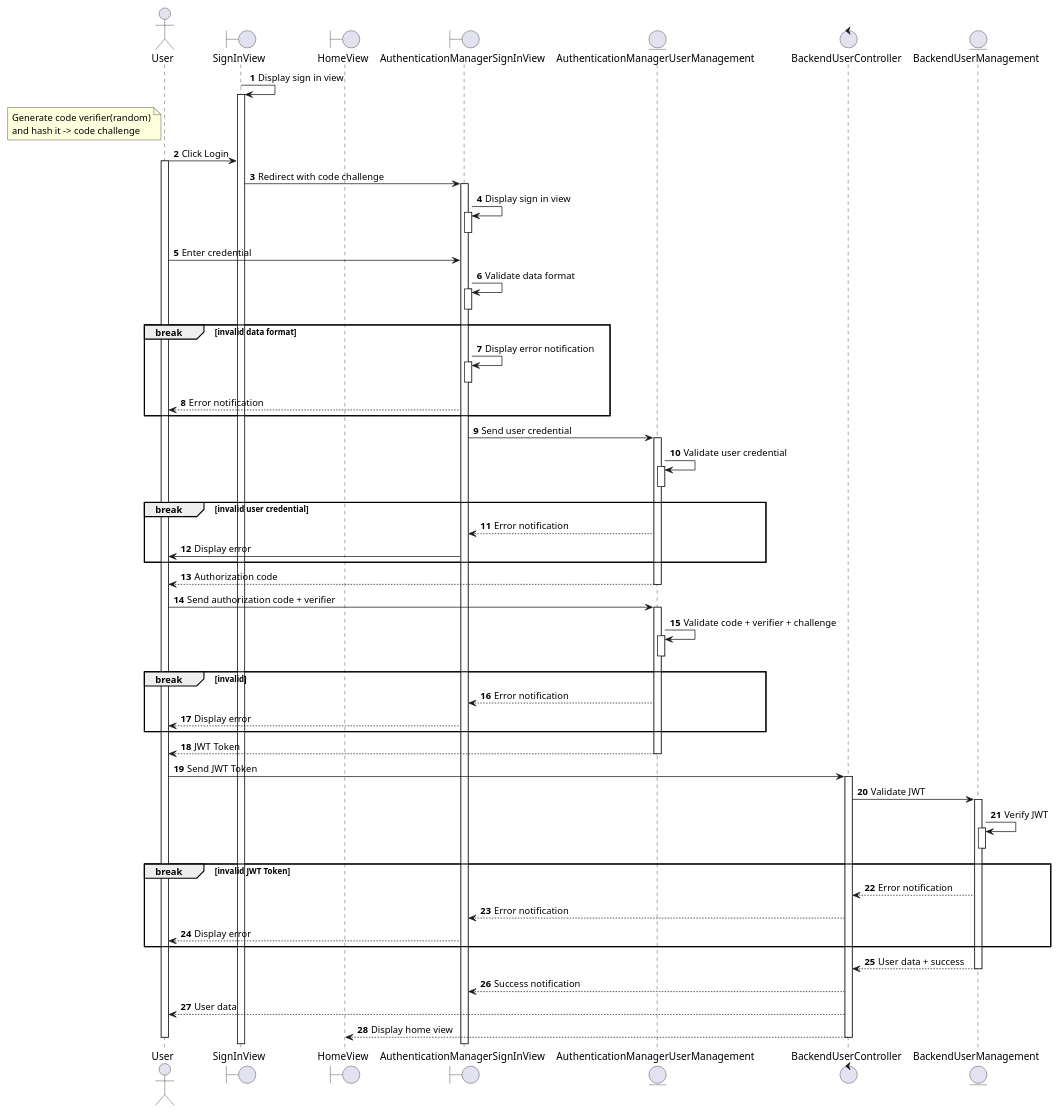
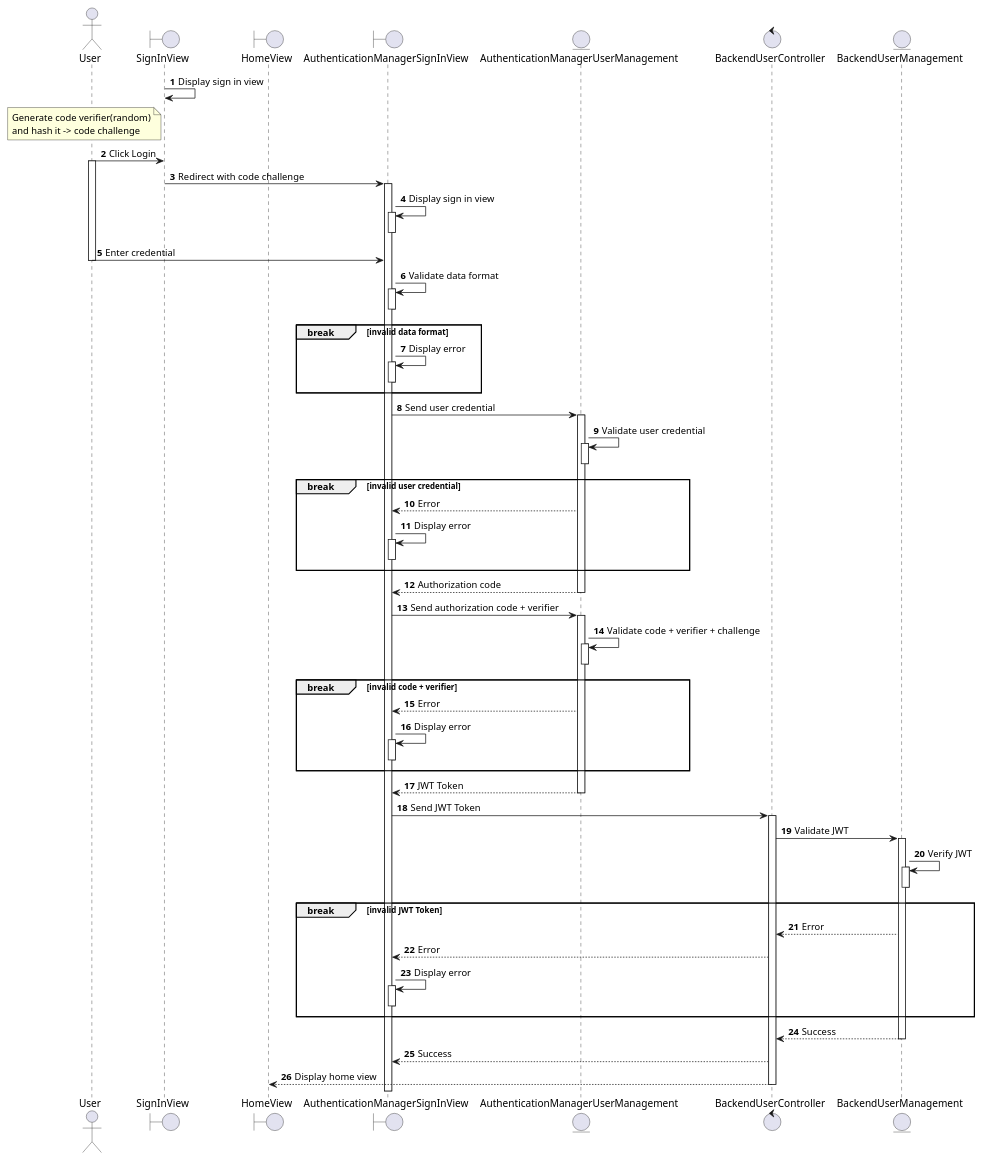
The first of 2 diagrams in docs/docs/sequence/user-auth.md (electricilies/electricilies.github.io), drawn with PlantUML before and after one commit. The commit also changed other lines of this file, not shown here.

Commit message:
fix: sign in and logic

````diff
--- a/docs/docs/sequence/user-auth.md
+++ b/docs/docs/sequence/user-auth.md
@@ -13,8 +13,7 @@
 entity BackendUserManagement as BUM
 
 SIV -> SIV: Display sign in view
-activate SIV
-note left of U: Generate code verifier(random)\nand hash it -> code challenge
+note left of SIV: Generate code verifier(random)\nand hash it -> code challenge
 U -> SIV: Click Login
 activate U
 SIV -> AMSIV: Redirect with code challenge
@@ -24,15 +23,15 @@
 activate AMSIV
 deactivate AMSIV
 U -> AMSIV : Enter credential
+deactivate U
 AMSIV -> AMSIV: Validate data format
 activate AMSIV
 deactivate AMSIV
 
 break invalid data format
-  AMSIV -> AMSIV: Display error notification
+  AMSIV -> AMSIV: Display error
   activate AMSIV
   deactivate AMSIV
-  U <-- AMSIV: Error notification
 end
 
 AMSIV -> AMUM: Send user credential
@@ -43,28 +42,32 @@
 deactivate AMUM
 
 break invalid user credential
-  AMSIV <-- AMUM: Error notification
-  AMSIV -> U: Display error
+  AMSIV <-- AMUM: Error
+  AMSIV -> AMSIV: Display error
+  activate AMSIV
+  deactivate AMSIV
 end
 
-U <-- AMUM: Authorization code
+AMSIV <-- AMUM: Authorization code
 deactivate AMUM
 
-U -> AMUM: Send authorization code + verifier
+AMSIV -> AMUM: Send authorization code + verifier
 activate AMUM
 AMUM -> AMUM: Validate code + verifier + challenge
 activate AMUM
 deactivate AMUM
 
-break invalid
-  AMSIV <-- AMUM: Error notification
-  U <-- AMSIV: Display error
+break invalid code + verifier
+  AMSIV <-- AMUM: Error
+  AMSIV -> AMSIV: Display error
+  activate AMSIV
+  deactivate AMSIV
 end
 
-U <-- AMUM: JWT Token
+AMSIV <-- AMUM: JWT Token
 deactivate AMUM
 
-U -> BUC: Send JWT Token
+AMSIV -> BUC: Send JWT Token
 
 activate BUC
 
@@ -75,18 +78,18 @@
 deactivate BUM
 
 break invalid JWT Token
-  BUC <-- BUM: Error notification
-  AMSIV <-- BUC: Error notification
-  U <-- AMSIV: Display error
+  BUC <-- BUM: Error
+  AMSIV <-- BUC: Error
+  AMSIV -> AMSIV: Display error
+  activate AMSIV
+  deactivate AMSIV
 end
 
-BUC <-- BUM: User data + success
+BUC <-- BUM: Success
 deactivate BUM
-AMSIV <-- BUC: Success notification
-U <-- BUC: User data
+AMSIV <-- BUC: Success
 HV <-- BUC: Display home view
 deactivate BUC
-deactivate U
 deactivate HV
 @enduml
 ```
````
